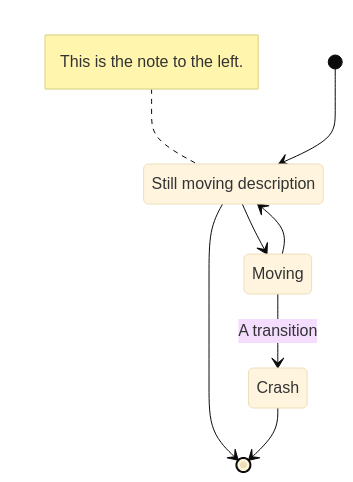
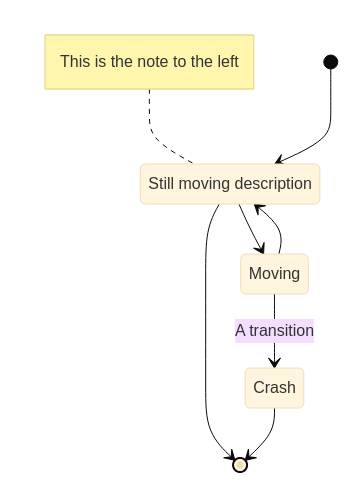
One commit to avimehenwal/python.avimehenwal changed the diagram in docs/Tutorials/00_material.md. Above: the diagram before and after it, drawn with Mermaid (base theme). The commit also changed 2 other files, not shown here.

Commit message:
docs(markdown): :egg: python virtual environment setup.py
251 Files | 461M | feature/docs | 3 files changed, 95 insertions(+), 6 deletions(-)

````diff
--- a/docs/Tutorials/00_material.md
+++ b/docs/Tutorials/00_material.md
@@ -32,13 +32,13 @@
 ```mermaid
 stateDiagram-v2
     Still :  Still moving description
-    note left of Still : This is the note to the left.
+    note left of Still : This is the note to the left
 
     [*] --> Still
     Still --> [*]
 
     Still --> Moving
     Moving --> Still
     Moving --> Crash : A transition
     Crash --> [*]
 ```
````
